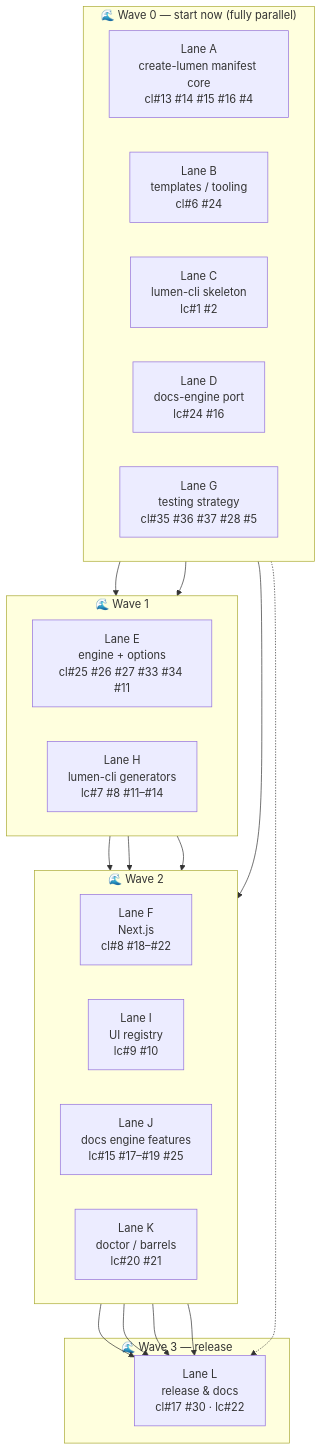
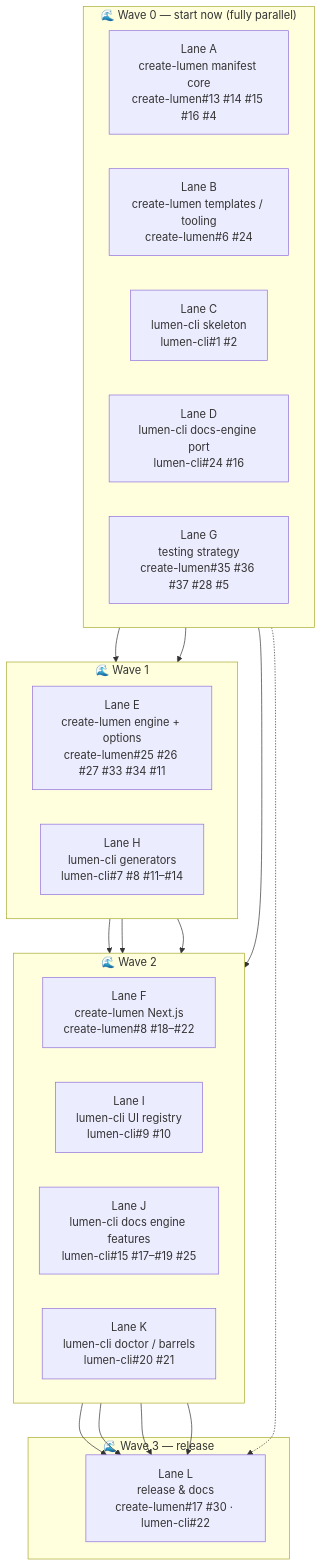
Before and after one commit to LUMEN-SH/create-lumen: the third of 5 diagrams in docs/PLAN.md, drawn with Mermaid. The commit also changed other lines of this file and 1 other file, not shown here.

Commit message:
docs: use explicit repo#issue refs in roadmap/plan (drop cl#/lc#)

````diff
--- a/docs/PLAN.md
+++ b/docs/PLAN.md
@@ -117,40 +118,40 @@
 ```mermaid
 flowchart TB
     subgraph W0["🌊 Wave 0 — start now (fully parallel)"]
         direction LR
-        A["Lane A<br/>create-lumen manifest core<br/>cl#13 #14 #15 #16 #4"]
-        B["Lane B<br/>templates / tooling<br/>cl#6 #24"]
-        C["Lane C<br/>lumen-cli skeleton<br/>lc#1 #2"]
-        D["Lane D<br/>docs-engine port<br/>lc#24 #16"]
-        G["Lane G<br/>testing strategy<br/>cl#35 #36 #37 #28 #5"]
+        LaneA["Lane A<br/>create-lumen manifest core<br/>create-lumen#13 #14 #15 #16 #4"]
+        LaneB["Lane B<br/>create-lumen templates / tooling<br/>create-lumen#6 #24"]
+        LaneC["Lane C<br/>lumen-cli skeleton<br/>lumen-cli#1 #2"]
+        LaneD["Lane D<br/>lumen-cli docs-engine port<br/>lumen-cli#24 #16"]
+        LaneG["Lane G<br/>testing strategy<br/>create-lumen#35 #36 #37 #28 #5"]
     end
 
     subgraph W1["🌊 Wave 1"]
         direction LR
-        E["Lane E<br/>engine + options<br/>cl#25 #26 #27 #33 #34 #11"]
-        H["Lane H<br/>lumen-cli generators<br/>lc#7 #8 #11–#14"]
+        LaneE["Lane E<br/>create-lumen engine + options<br/>create-lumen#25 #26 #27 #33 #34 #11"]
+        LaneH["Lane H<br/>lumen-cli generators<br/>lumen-cli#7 #8 #11–#14"]
     end
 
     subgraph W2["🌊 Wave 2"]
         direction LR
-        F["Lane F<br/>Next.js<br/>cl#8 #18–#22"]
-        I["Lane I<br/>UI registry<br/>lc#9 #10"]
-        J["Lane J<br/>docs engine features<br/>lc#15 #17–#19 #25"]
-        K["Lane K<br/>doctor / barrels<br/>lc#20 #21"]
+        LaneF["Lane F<br/>create-lumen Next.js<br/>create-lumen#8 #18–#22"]
+        LaneI["Lane I<br/>lumen-cli UI registry<br/>lumen-cli#9 #10"]
+        LaneJ["Lane J<br/>lumen-cli docs engine features<br/>lumen-cli#15 #17–#19 #25"]
+        LaneK["Lane K<br/>lumen-cli doctor / barrels<br/>lumen-cli#20 #21"]
     end
 
     subgraph W3["🌊 Wave 3 — release"]
-        L["Lane L<br/>release &amp; docs<br/>cl#17 #30 · lc#22"]
+        LaneL["Lane L<br/>release &amp; docs<br/>create-lumen#17 #30 · lumen-cli#22"]
     end
 
-    A --> E --> F
-    C --> H
-    H --> I
-    H --> K
-    D --> J
-    G -.-> L
-    F --> L
-    I --> L
-    J --> L
-    K --> L
+    LaneA --> LaneE --> LaneF
+    LaneC --> LaneH
+    LaneH --> LaneI
+    LaneH --> LaneK
+    LaneD --> LaneJ
+    LaneG -.-> LaneL
+    LaneF --> LaneL
+    LaneI --> LaneL
+    LaneJ --> LaneL
+    LaneK --> LaneL
 ```
````
